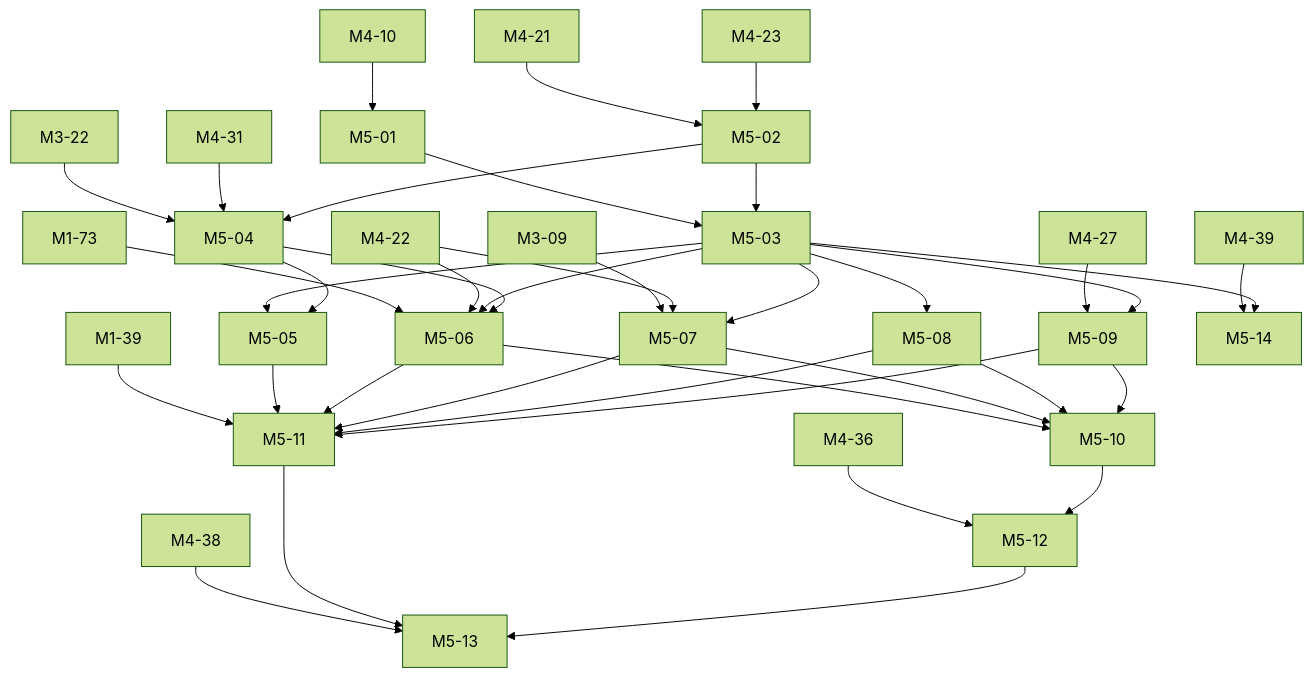
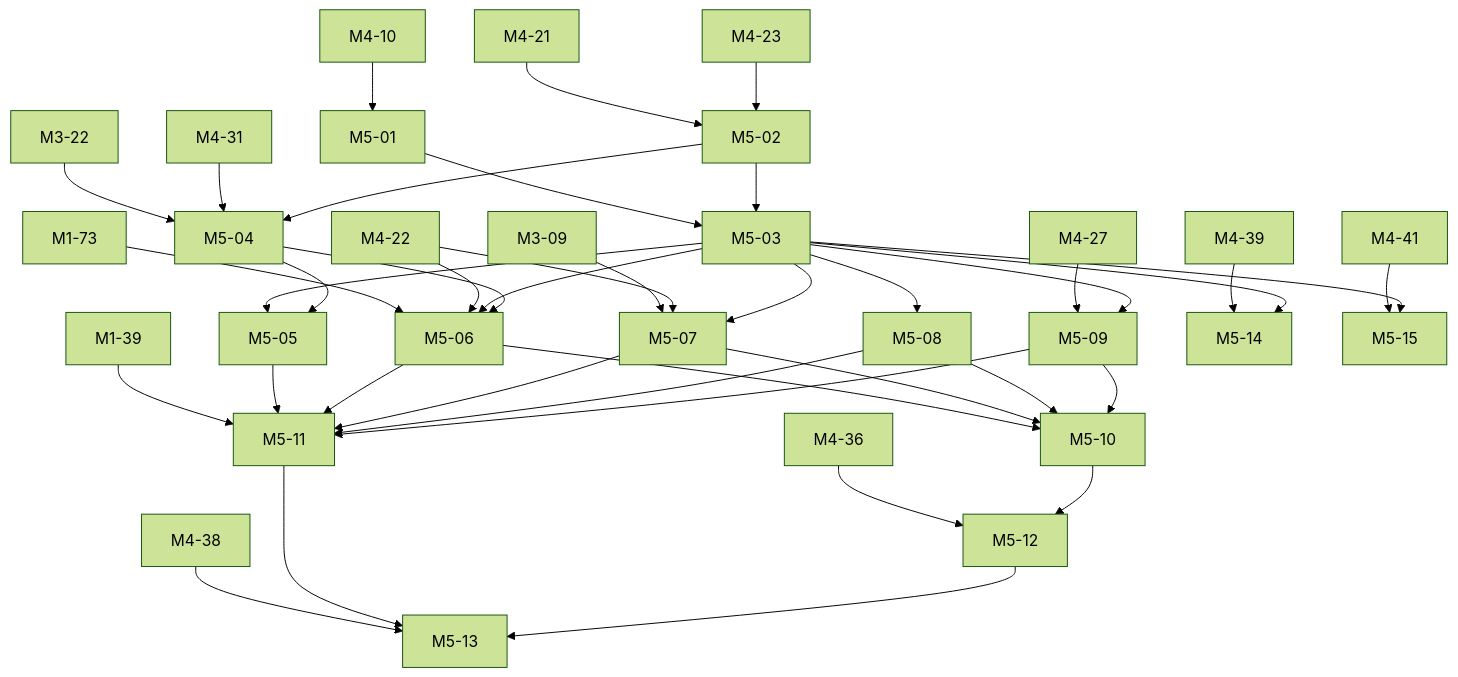
One commit to mguttmann/bothy changed the fifth of 8 diagrams in docs/briefs/README.md. Above: the diagram before and after it, drawn with Mermaid (forest theme). The commit also changed other lines of this file and 20 other files, not shown here.

````diff
--- a/docs/briefs/README.md
+++ b/docs/briefs/README.md
@@ -1044,67 +1056,71 @@
 ```mermaid
 flowchart TB
   M1_39["M1-39"]
   M1_73["M1-73"]
   M3_09["M3-09"]
   M3_22["M3-22"]
   M4_10["M4-10"]
   M4_21["M4-21"]
   M4_22["M4-22"]
   M4_23["M4-23"]
   M4_27["M4-27"]
   M4_31["M4-31"]
   M4_36["M4-36"]
   M4_38["M4-38"]
   M4_39["M4-39"]
+  M4_41["M4-41"]
   M5_01["M5-01"]
   M5_02["M5-02"]
   M5_03["M5-03"]
   M5_04["M5-04"]
   M5_05["M5-05"]
   M5_06["M5-06"]
   M5_07["M5-07"]
   M5_08["M5-08"]
   M5_09["M5-09"]
   M5_10["M5-10"]
   M5_11["M5-11"]
   M5_12["M5-12"]
   M5_13["M5-13"]
   M5_14["M5-14"]
+  M5_15["M5-15"]
   M4_10 --> M5_01
   M4_21 --> M5_02
   M4_23 --> M5_02
   M5_01 --> M5_03
   M5_02 --> M5_03
   M3_22 --> M5_04
   M4_31 --> M5_04
   M5_02 --> M5_04
   M5_03 --> M5_05
   M5_04 --> M5_05
   M1_73 --> M5_06
   M4_22 --> M5_06
   M5_03 --> M5_06
   M5_04 --> M5_06
   M3_09 --> M5_07
   M4_22 --> M5_07
   M5_03 --> M5_07
   M5_03 --> M5_08
   M4_27 --> M5_09
   M5_03 --> M5_09
   M5_06 --> M5_10
   M5_07 --> M5_10
   M5_08 --> M5_10
   M5_09 --> M5_10
   M1_39 --> M5_11
   M5_05 --> M5_11
   M5_06 --> M5_11
   M5_07 --> M5_11
   M5_08 --> M5_11
   M5_09 --> M5_11
   M4_36 --> M5_12
   M5_10 --> M5_12
   M4_38 --> M5_13
   M5_11 --> M5_13
   M5_12 --> M5_13
   M4_39 --> M5_14
   M5_03 --> M5_14
+  M4_41 --> M5_15
+  M5_03 --> M5_15
 ```
````
